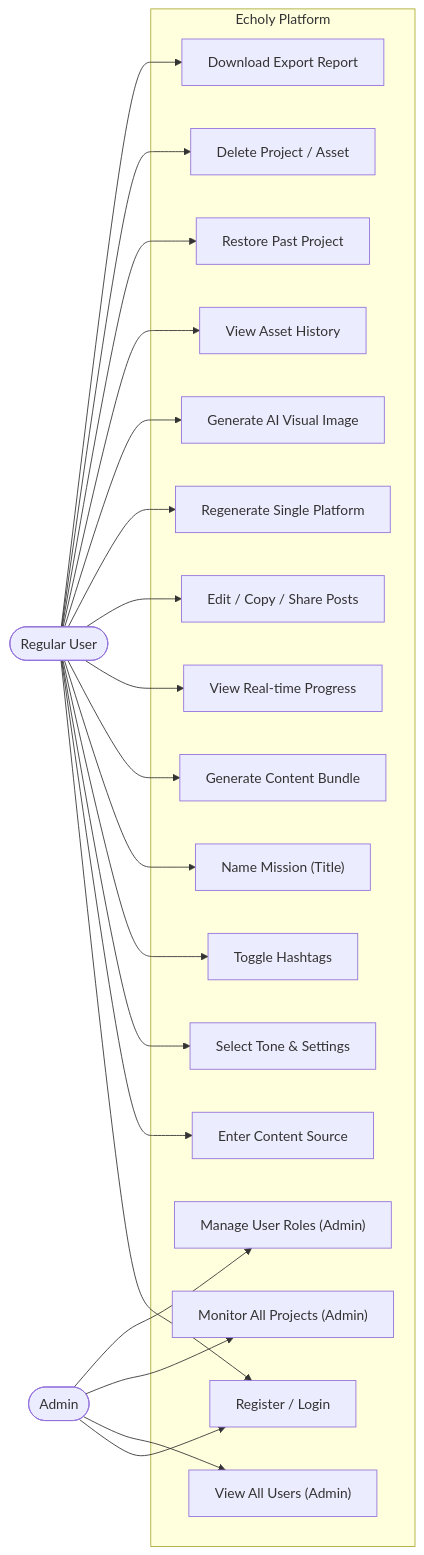
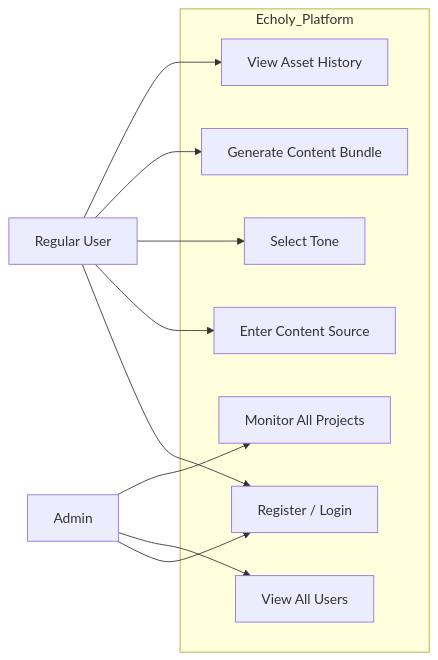
The sixth of 7 diagrams in DIAGRAMS.md (naresh-rn/echoly), drawn with Mermaid before and after one commit. The commit also changed other lines of this file and 1 other file, not shown here.

Commit message:
docs: repair diagram rendering and finalize comprehensive architecture dossier

````diff
--- a/DIAGRAMS.md
+++ b/DIAGRAMS.md
@@ -329,44 +247,24 @@
 ```mermaid
 flowchart LR
-    User(["Regular User"])
-    Admin(["Admin"])
+    User[Regular User]
+    Admin[Admin]
 
-    subgraph Echoly Platform
-        UC1["Register / Login"]
-        UC2["Enter Content Source"]
-        UC3["Select Tone & Settings"]
-        UC4["Toggle Hashtags"]
-        UC5["Name Mission (Title)"]
-        UC6["Generate Content Bundle"]
-        UC7["View Real-time Progress"]
-        UC8["Edit / Copy / Share Posts"]
-        UC9["Regenerate Single Platform"]
-        UC10["Generate AI Visual Image"]
-        UC11["View Asset History"]
-        UC12["Restore Past Project"]
-        UC13["Delete Project / Asset"]
-        UC14["Download Export Report"]
-        UC15["View All Users (Admin)"]
-        UC16["Monitor All Projects (Admin)"]
-        UC17["Manage User Roles (Admin)"]
+    subgraph Echoly_Platform
+        UC1[Register / Login]
+        UC2[Enter Content Source]
+        UC3[Select Tone]
+        UC6[Generate Content Bundle]
+        UC11[View Asset History]
+        UC15[View All Users]
+        UC16[Monitor All Projects]
     end
 
     User --> UC1
     User --> UC2
     User --> UC3
-    User --> UC4
-    User --> UC5
     User --> UC6
-    User --> UC7
-    User --> UC8
-    User --> UC9
-    User --> UC10
     User --> UC11
-    User --> UC12
-    User --> UC13
-    User --> UC14
     Admin --> UC1
     Admin --> UC15
     Admin --> UC16
-    Admin --> UC17
 ```
````
